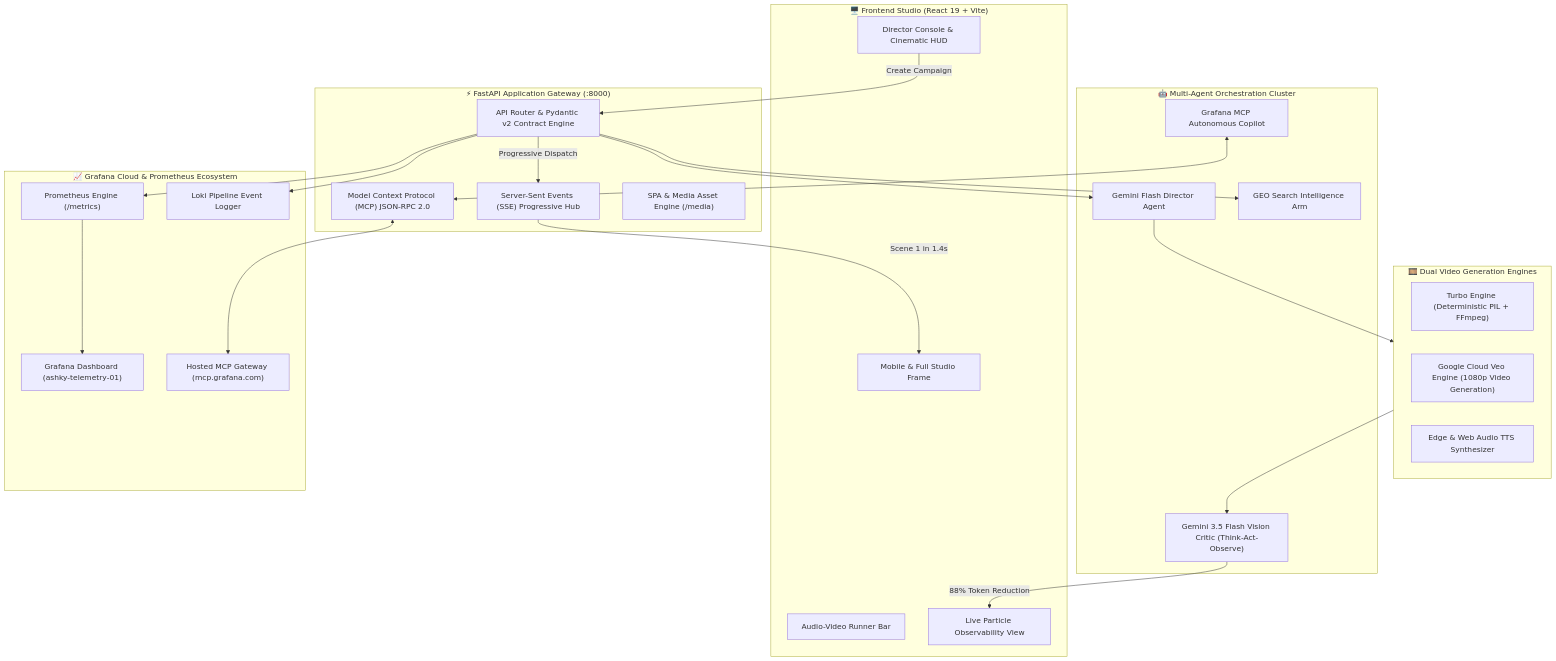
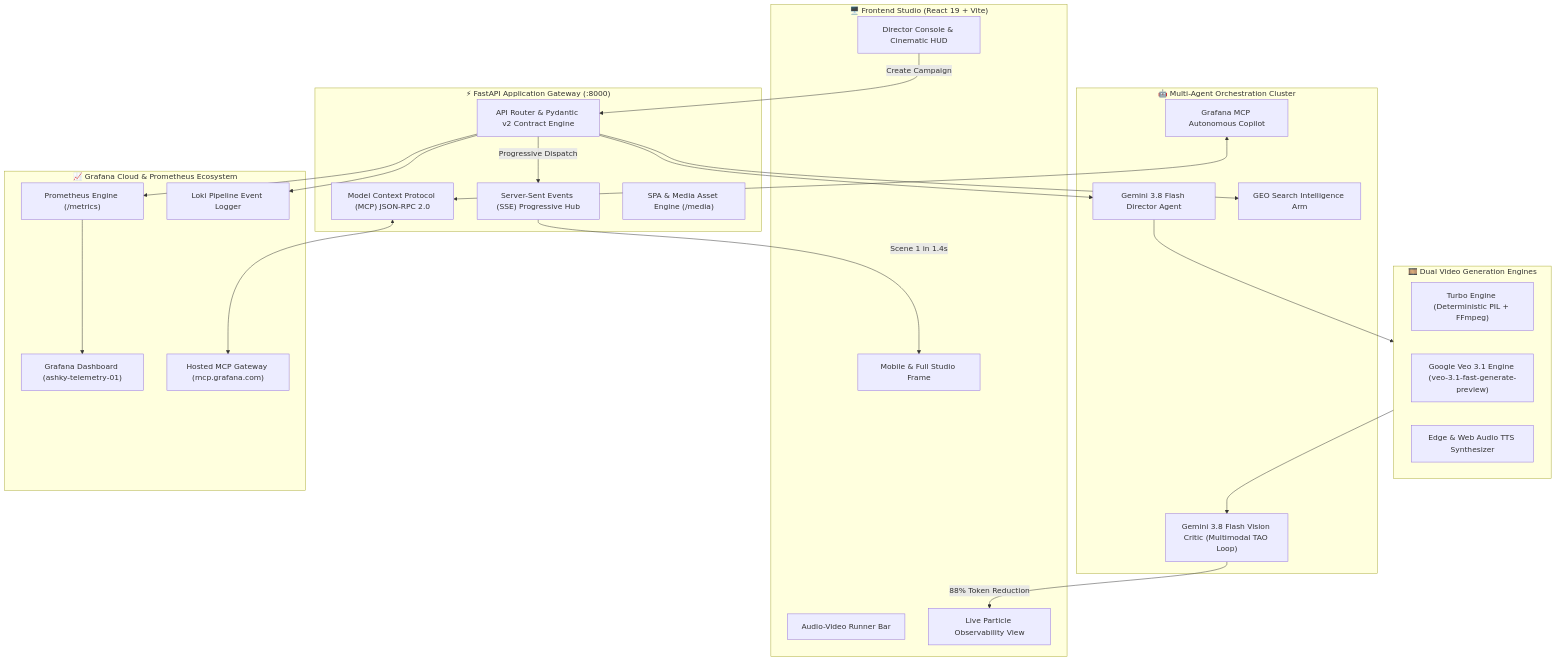
The first of 3 diagrams in README.md (N-45div/Ashky), drawn with Mermaid before and after one commit. The commit also changed other lines of this file and 6 other files, not shown here.

Commit message:
feat: upgrade to Gemini 3.8 Flash & Veo 3.1 with end-to-end multimodal Agentic Vision Critic

````diff
--- a/README.md
+++ b/README.md
@@ -39,50 +41,50 @@
 ```mermaid
 graph TD
     subgraph ClientLayer["🖥️ Frontend Studio (React 19 + Vite)"]
         UI["Director Console & Cinematic HUD"]
         Phone["Mobile & Full Studio Frame"]
         Runner["Audio-Video Runner Bar"]
         ObservabilityHUD["Live Particle Observability View"]
     end
 
     subgraph FastAPIGateway["⚡ FastAPI Application Gateway (:8000)"]
         Router["API Router & Pydantic v2 Contract Engine"]
         SSEHub["Server-Sent Events (SSE) Progressive Hub"]
         MCPDispatcher["Model Context Protocol (MCP) JSON-RPC 2.0"]
         StaticMounter["SPA & Media Asset Engine (/media)"]
     end
 
     subgraph AgenticCluster["🤖 Multi-Agent Orchestration Cluster"]
-        Director["Gemini Flash Director Agent"]
-        Critic["Gemini 3.5 Flash Vision Critic (Think-Act-Observe)"]
+        Director["Gemini 3.8 Flash Director Agent"]
+        Critic["Gemini 3.8 Flash Vision Critic (Multimodal TAO Loop)"]
         GEOScout["GEO Search Intelligence Arm"]
         SREAgent["Grafana MCP Autonomous Copilot"]
     end
 
     subgraph GenerationEngines["🎞️ Dual Video Generation Engines"]
         Turbo["Turbo Engine (Deterministic PIL + FFmpeg)"]
-        Veo["Google Cloud Veo Engine (1080p Video Generation)"]
+        Veo["Google Veo 3.1 Engine (veo-3.1-fast-generate-preview)"]
         TTS["Edge & Web Audio TTS Synthesizer"]
     end
 
     subgraph ObservabilityLayer["📈 Grafana Cloud & Prometheus Ecosystem"]
         Prom["Prometheus Engine (/metrics)"]
         Loki["Loki Pipeline Event Logger"]
         Dash["Grafana Dashboard (ashky-telemetry-01)"]
         MCPHosted["Hosted MCP Gateway (mcp.grafana.com)"]
     end
 
     UI -->|Create Campaign| Router
     Router -->|Progressive Dispatch| SSEHub
     SSEHub -->|Scene 1 in 1.4s| Phone
     Router --> Director
     Director --> GenerationEngines
     GenerationEngines --> Critic
     Critic -->|88% Token Reduction| ObservabilityHUD
     Router --> GEOScout
     MCPDispatcher <--> MCPHosted
     Router --> Prom
     Router --> Loki
     Prom --> Dash
     SREAgent <--> MCPDispatcher
 ```
````
